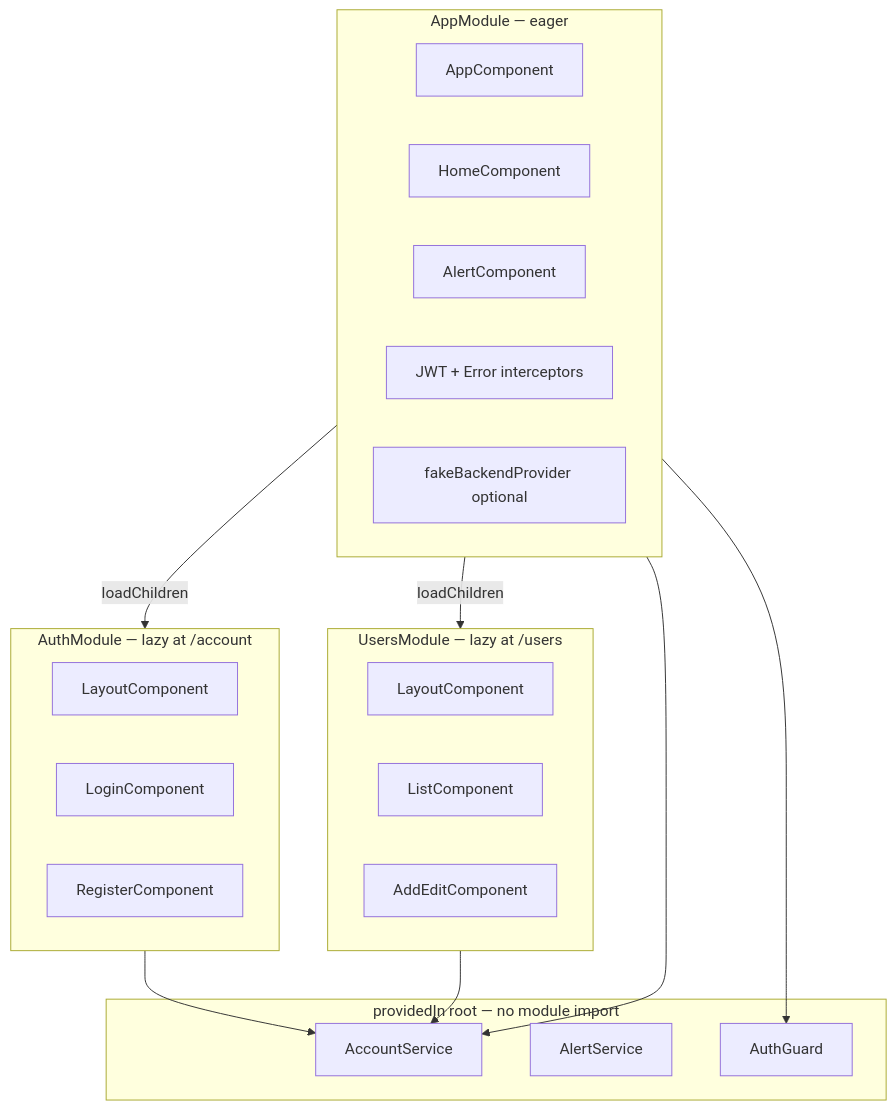
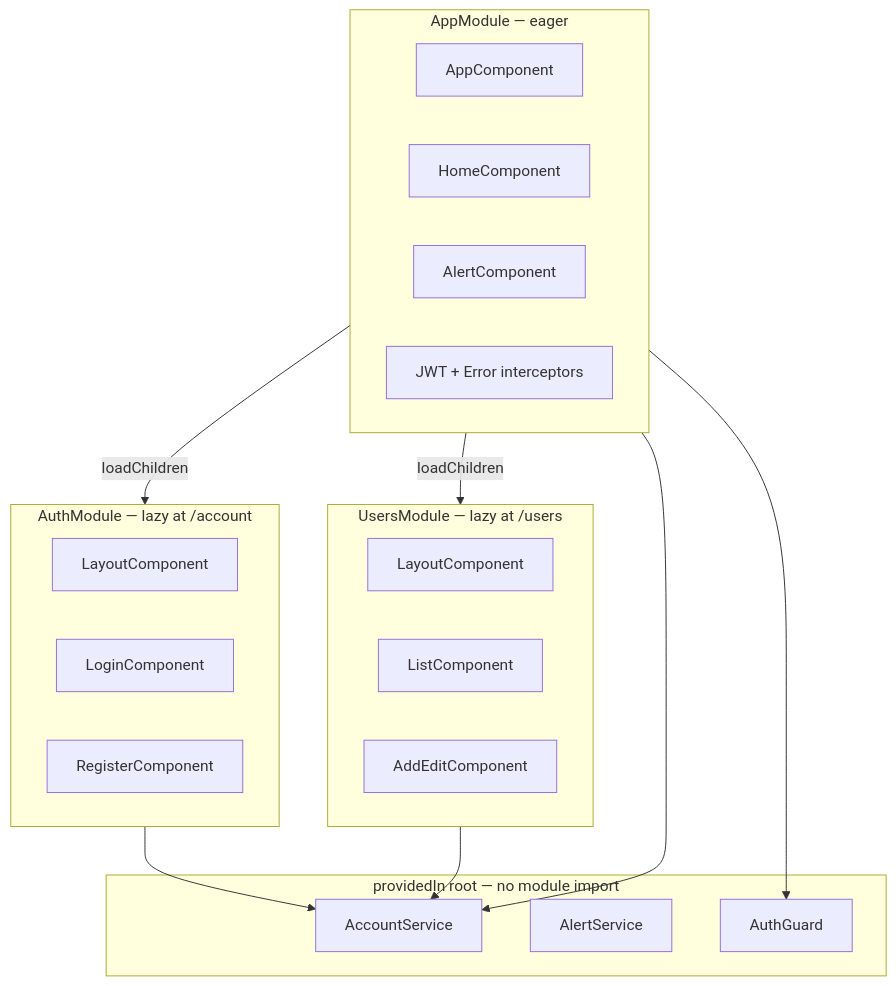
One commit to asalhallak/basic-user-management changed the diagram in docs/front-end-modules.md. Above: the diagram before and after it, drawn with Mermaid. The commit also changed other lines of this file and 6 other files, not shown here.

````diff
--- a/docs/front-end-modules.md
+++ b/docs/front-end-modules.md
@@ -7,35 +7,34 @@
 ```mermaid
 flowchart TB
     subgraph root [AppModule — eager]
         AppComp[AppComponent]
         Home[HomeComponent]
         Alert[AlertComponent]
         Interceptors[JWT + Error interceptors]
-        Fake[fakeBackendProvider optional]
     end
 
     subgraph auth [AuthModule — lazy at /account]
         AuthLayout[LayoutComponent]
         Login[LoginComponent]
         Register[RegisterComponent]
     end
 
     subgraph users [UsersModule — lazy at /users]
         UsersLayout[LayoutComponent]
         List[ListComponent]
         AddEdit[AddEditComponent]
     end
 
     subgraph shared [providedIn root — no module import]
         Account[AccountService]
         AlertSvc[AlertService]
         Guard[AuthGuard]
     end
 
     root -->|loadChildren| auth
     root -->|loadChildren| users
     auth --> Account
     users --> Account
     root --> Account
     root --> Guard
 ```
````
